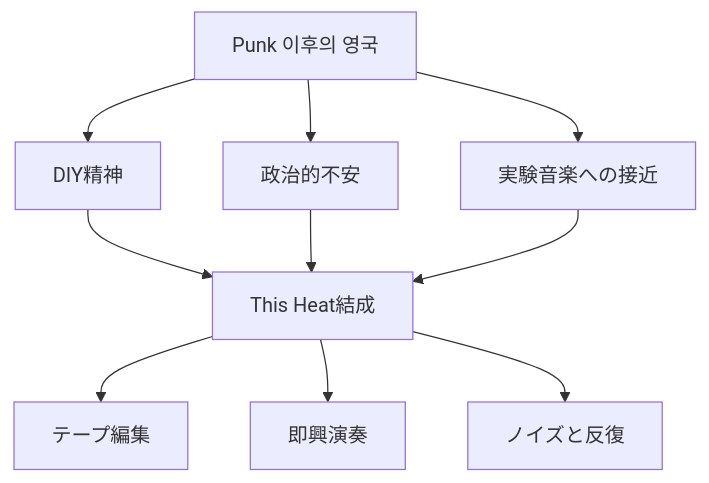
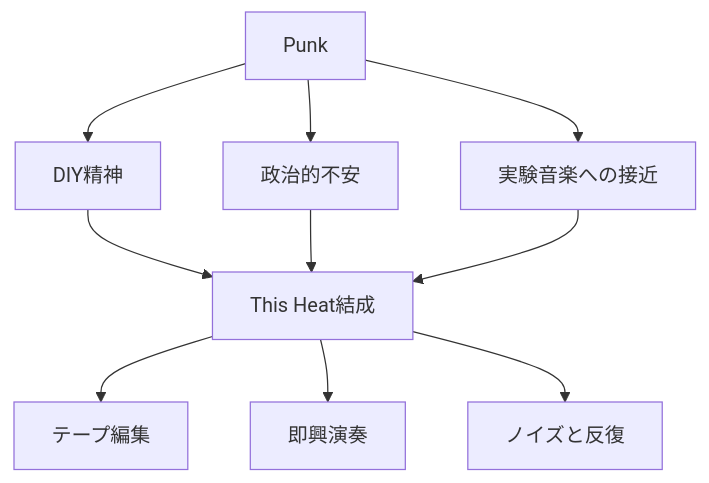
One commit to monumental-movement/monumental-movement.github.io changed the first of 10 diagrams in _posts/2026-05-16-column-this-heat.md. Above: the diagram before and after it, drawn with Mermaid. The commit also changed 2 other files, not shown here.

```diff
--- a/_posts/2026-05-16-column-this-heat.md
+++ b/_posts/2026-05-16-column-this-heat.md
@@ -38,12 +38,12 @@
 <div class="mermaid">
 graph TD
-A["Punk 이후의 영국"] --> B["DIY精神"]
+A["Punk"] --> B["DIY精神"]
 A --> C["政治的不安"]
 A --> D["実験音楽への接近"]
 B --> E["This Heat結成"]
 C --> E
 D --> E
 E --> F["テープ編集"]
 E --> G["即興演奏"]
 E --> H["ノイズと反復"]
 </div>
```
